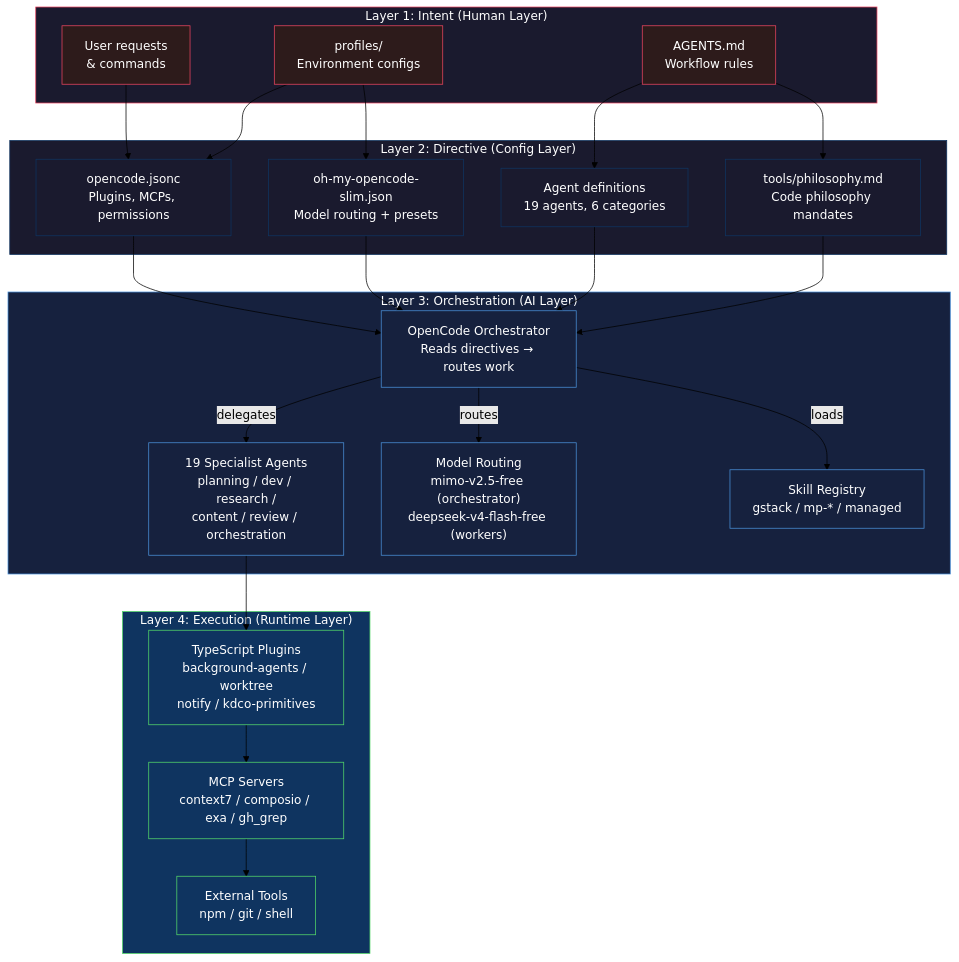
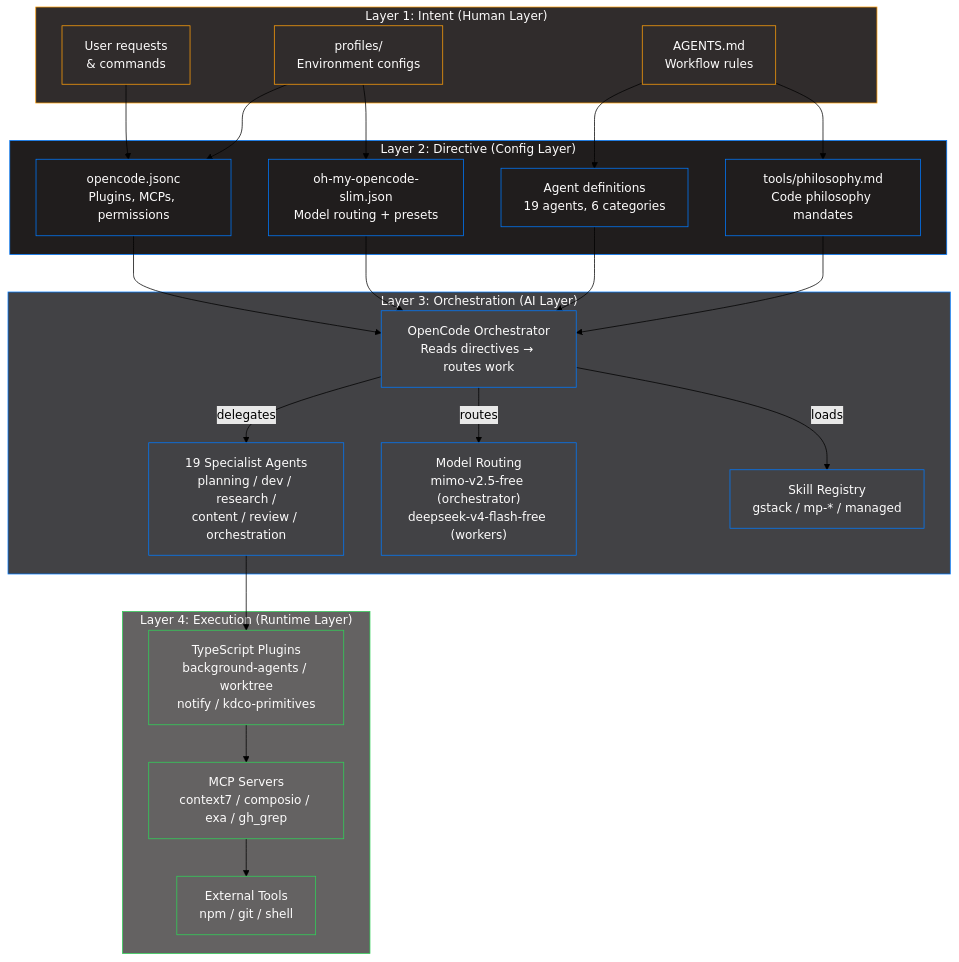
One commit to sanjanb/my-agent-harness changed the first of 6 diagrams in README.md. Above: the diagram before and after it, drawn with Mermaid (forest theme). The commit also changed other lines of this file and 16 other files, not shown here.

````diff
--- a/README.md
+++ b/README.md
@@ -25,66 +25,66 @@
 ```mermaid
 graph TD
     subgraph L1["Layer 1: Intent (Human Layer)"]
         INT1["User requests<br/>& commands"]
         INT2["profiles/<br/>Environment configs"]
         INT3["AGENTS.md<br/>Workflow rules"]
     end
 
     subgraph L2["Layer 2: Directive (Config Layer)"]
         DIR1["opencode.jsonc<br/>Plugins, MCPs, permissions"]
         DIR2["oh-my-opencode-slim.json<br/>Model routing + presets"]
         DIR3["Agent definitions<br/>19 agents, 6 categories"]
         DIR4["tools/philosophy.md<br/>Code philosophy mandates"]
     end
 
     subgraph L3["Layer 3: Orchestration (AI Layer)"]
         ORCH["OpenCode Orchestrator<br/>Reads directives → routes work"]
         AGENTS["19 Specialist Agents<br/>planning / dev / research /<br/>content / review / orchestration"]
         MODELS["Model Routing<br/>mimo-v2.5-free (orchestrator)<br/>deepseek-v4-flash-free (workers)"]
         SKILLS["Skill Registry<br/>gstack / mp-* / managed"]
     end
 
     subgraph L4["Layer 4: Execution (Runtime Layer)"]
         PLUGINS["TypeScript Plugins<br/>background-agents / worktree<br/>notify / kdco-primitives"]
         MCPS["MCP Servers<br/>context7 / composio / exa / gh_grep"]
         TOOLS["External Tools<br/>npm / git / shell"]
     end
 
     INT1 --> DIR1
     INT2 --> DIR1
     INT2 --> DIR2
     INT3 --> DIR3
     INT3 --> DIR4
 
     DIR1 --> ORCH
     DIR2 --> ORCH
     DIR3 --> ORCH
     DIR4 --> ORCH
 
     ORCH -->|"delegates"| AGENTS
     ORCH -->|"routes"| MODELS
     ORCH -->|"loads"| SKILLS
 
     AGENTS --> PLUGINS
     PLUGINS --> MCPS
     MCPS --> TOOLS
 
-    style L1 fill:#1a1a2e,stroke:#e94560,color:#fff
-    style L2 fill:#1a1a2e,stroke:#0f3460,color:#fff
-    style L3 fill:#16213e,stroke:#4a90d9,color:#fff
-    style L4 fill:#0f3460,stroke:#53d769,color:#fff
-    style INT1 fill:#2d1b1b,stroke:#e94560,color:#fff
-    style INT2 fill:#2d1b1b,stroke:#e94560,color:#fff
-    style INT3 fill:#2d1b1b,stroke:#e94560,color:#fff
-    style DIR1 fill:#1a1a2e,stroke:#0f3460,color:#fff
-    style DIR2 fill:#1a1a2e,stroke:#0f3460,color:#fff
-    style DIR3 fill:#1a1a2e,stroke:#0f3460,color:#fff
-    style DIR4 fill:#1a1a2e,stroke:#0f3460,color:#fff
-    style ORCH fill:#16213e,stroke:#4a90d9,color:#fff
-    style AGENTS fill:#16213e,stroke:#4a90d9,color:#fff
-    style MODELS fill:#16213e,stroke:#4a90d9,color:#fff
-    style SKILLS fill:#16213e,stroke:#4a90d9,color:#fff
-    style PLUGINS fill:#0f3460,stroke:#53d769,color:#fff
-    style MCPS fill:#0f3460,stroke:#53d769,color:#fff
-    style TOOLS fill:#0f3460,stroke:#53d769,color:#fff
+    style L1 fill:#302c2c,stroke:#ff9f0a,color:#fdfcfc
+    style L2 fill:#201d1d,stroke:#007aff,color:#fdfcfc
+    style L3 fill:#424245,stroke:#007aff,color:#fdfcfc
+    style L4 fill:#646262,stroke:#30d158,color:#fdfcfc
+    style INT1 fill:#302c2c,stroke:#ff9f0a,color:#fdfcfc
+    style INT2 fill:#302c2c,stroke:#ff9f0a,color:#fdfcfc
+    style INT3 fill:#302c2c,stroke:#ff9f0a,color:#fdfcfc
+    style DIR1 fill:#201d1d,stroke:#007aff,color:#fdfcfc
+    style DIR2 fill:#201d1d,stroke:#007aff,color:#fdfcfc
+    style DIR3 fill:#201d1d,stroke:#007aff,color:#fdfcfc
+    style DIR4 fill:#201d1d,stroke:#007aff,color:#fdfcfc
+    style ORCH fill:#424245,stroke:#007aff,color:#fdfcfc
+    style AGENTS fill:#424245,stroke:#007aff,color:#fdfcfc
+    style MODELS fill:#424245,stroke:#007aff,color:#fdfcfc
+    style SKILLS fill:#424245,stroke:#007aff,color:#fdfcfc
+    style PLUGINS fill:#646262,stroke:#30d158,color:#fdfcfc
+    style MCPS fill:#646262,stroke:#30d158,color:#fdfcfc
+    style TOOLS fill:#646262,stroke:#30d158,color:#fdfcfc
 ```
````
